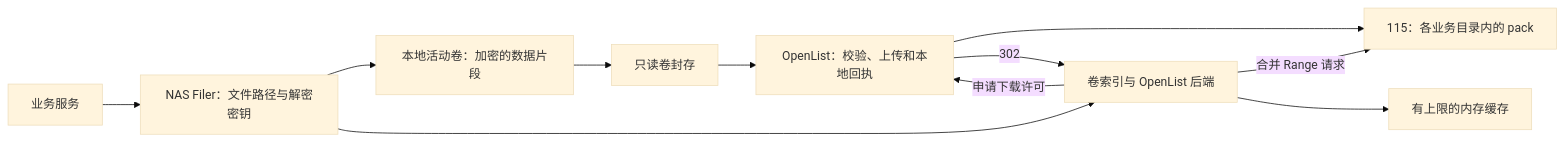
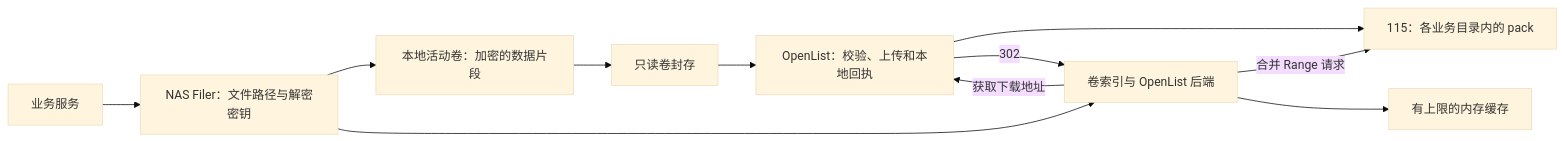
One commit to ahaduoduoduo/seaweedfs changed the diagram in docs/openlist-tier.md. Above: the diagram before and after it, drawn with Mermaid (base theme). The commit also changed other lines of this file and 19 other files, not shown here.

````diff
--- a/docs/openlist-tier.md
+++ b/docs/openlist-tier.md
@@ -12,13 +12,13 @@
 ```mermaid
 flowchart LR
     A[业务服务] --> B[NAS Filer：文件路径与解密密钥]
     B --> C[本地活动卷：加密的数据片段]
     C --> D[只读卷封存]
     D --> E[OpenList：校验、上传和本地回执]
     E --> F[115：各业务目录内的 pack]
     B --> G[卷索引与 OpenList 后端]
-    G -->|申请下载许可| E
+    G -->|获取下载地址| E
     E -->|302| G
     G -->|合并 Range 请求| F
     G --> H[有上限的内存缓存]
 ```
````
